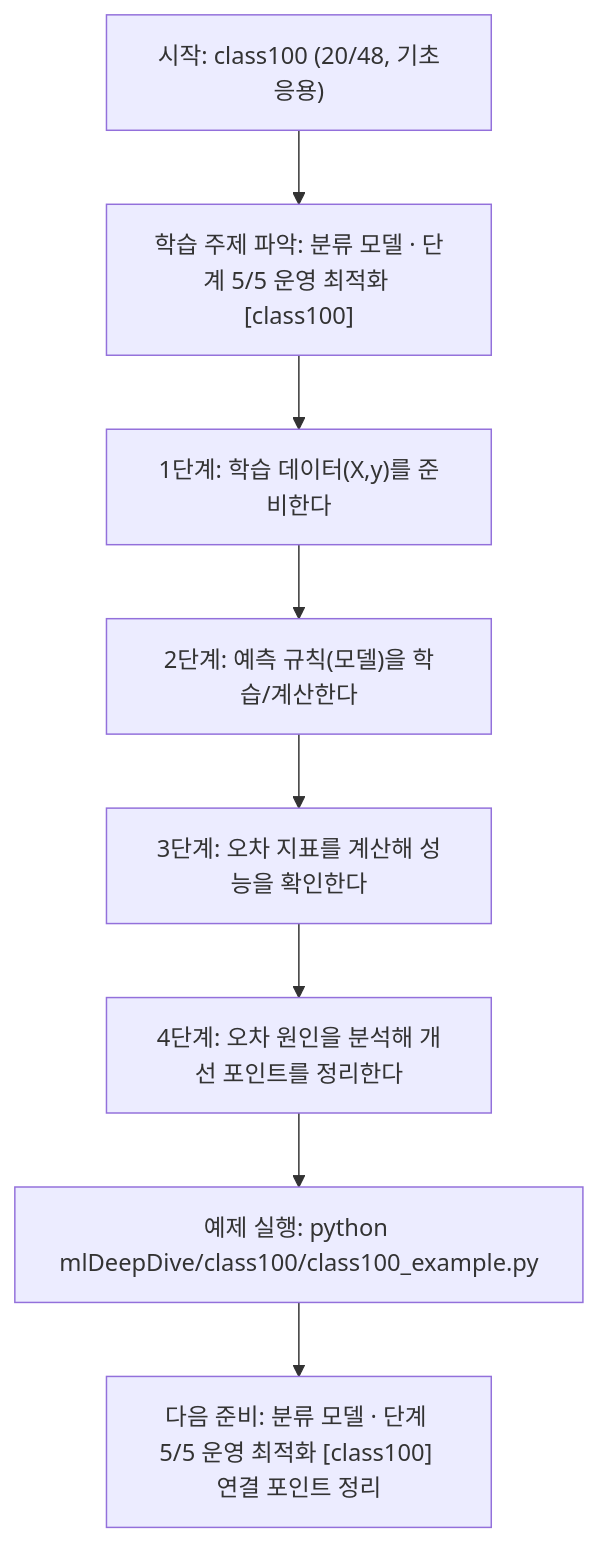
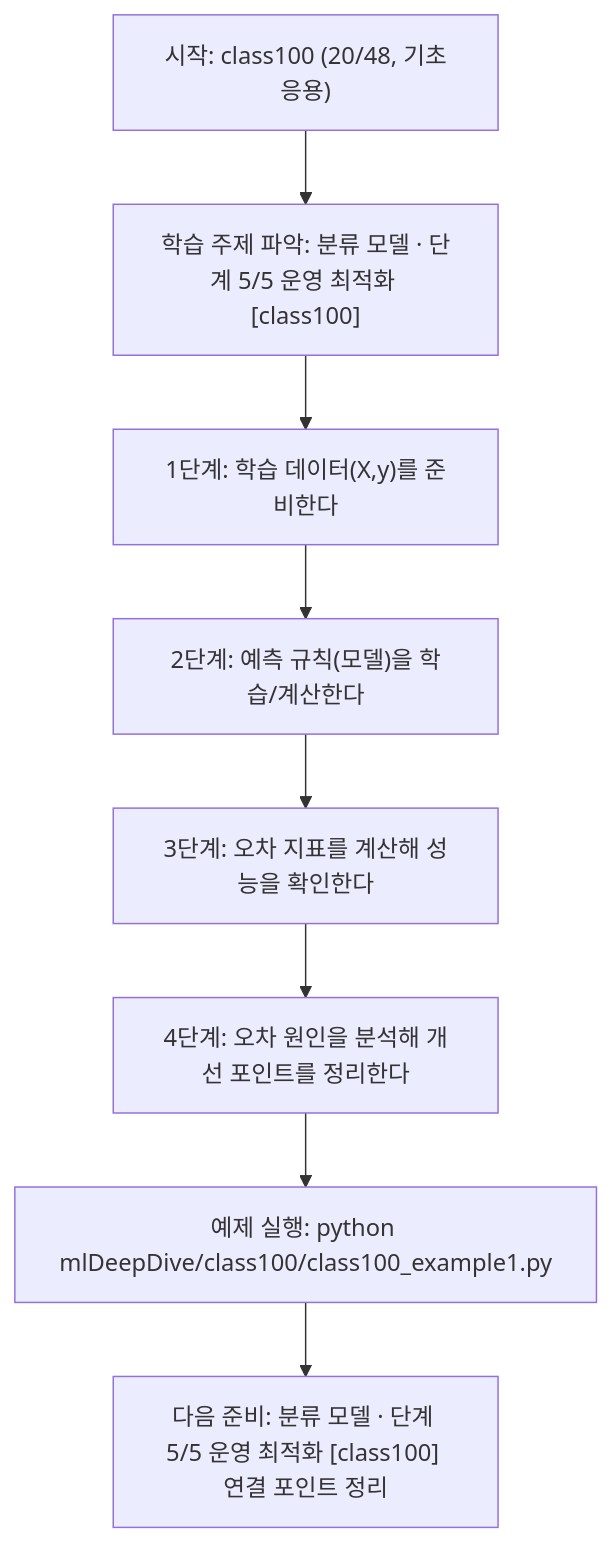
The diagram in mlDeepDive/class100/class100.md (edumgt/Python-AI_Agent-Class), drawn with Mermaid before and after one commit. The commit also changed other lines of this file and 2959 other files, not shown here.

````diff
--- a/mlDeepDive/class100/class100.md
+++ b/mlDeepDive/class100/class100.md
@@ -109,18 +109,18 @@
 ```mermaid
 flowchart TD
 N1["시작: class100 (20/48, 기초응용)"]
 N2["학습 주제 파악: 분류 모델 · 단계 5/5 운영 최적화 [class100]"]
 N3["1단계: 학습 데이터(X,y)를 준비한다"]
 N4["2단계: 예측 규칙(모델)을 학습/계산한다"]
 N5["3단계: 오차 지표를 계산해 성능을 확인한다"]
 N6["4단계: 오차 원인을 분석해 개선 포인트를 정리한다"]
-N7["예제 실행: python mlDeepDive/class100/class100_example.py"]
+N7["예제 실행: python mlDeepDive/class100/class100_example1.py"]
 N8["다음 준비: 분류 모델 · 단계 5/5 운영 최적화 [class100] 연결 포인트 정리"]
 N1 --> N2
 N2 --> N3
 N3 --> N4
 N4 --> N5
 N5 --> N6
 N6 --> N7
 N7 --> N8
 ```
````
